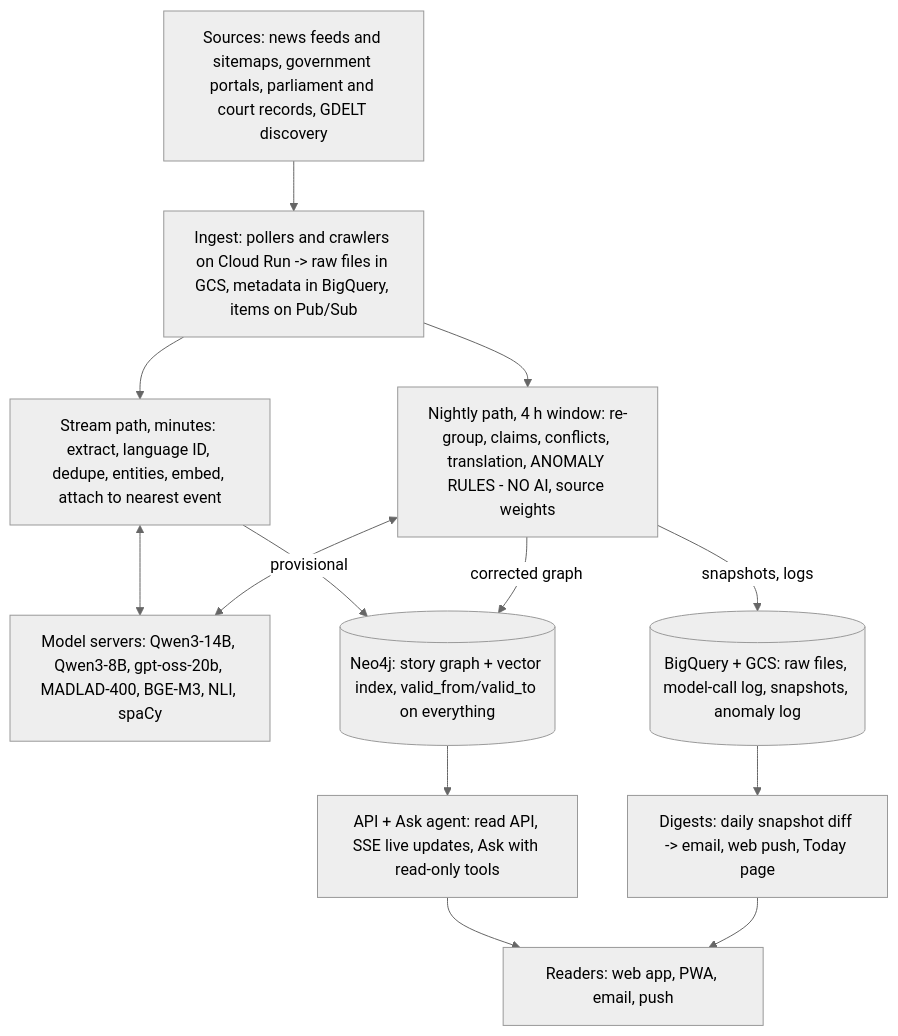
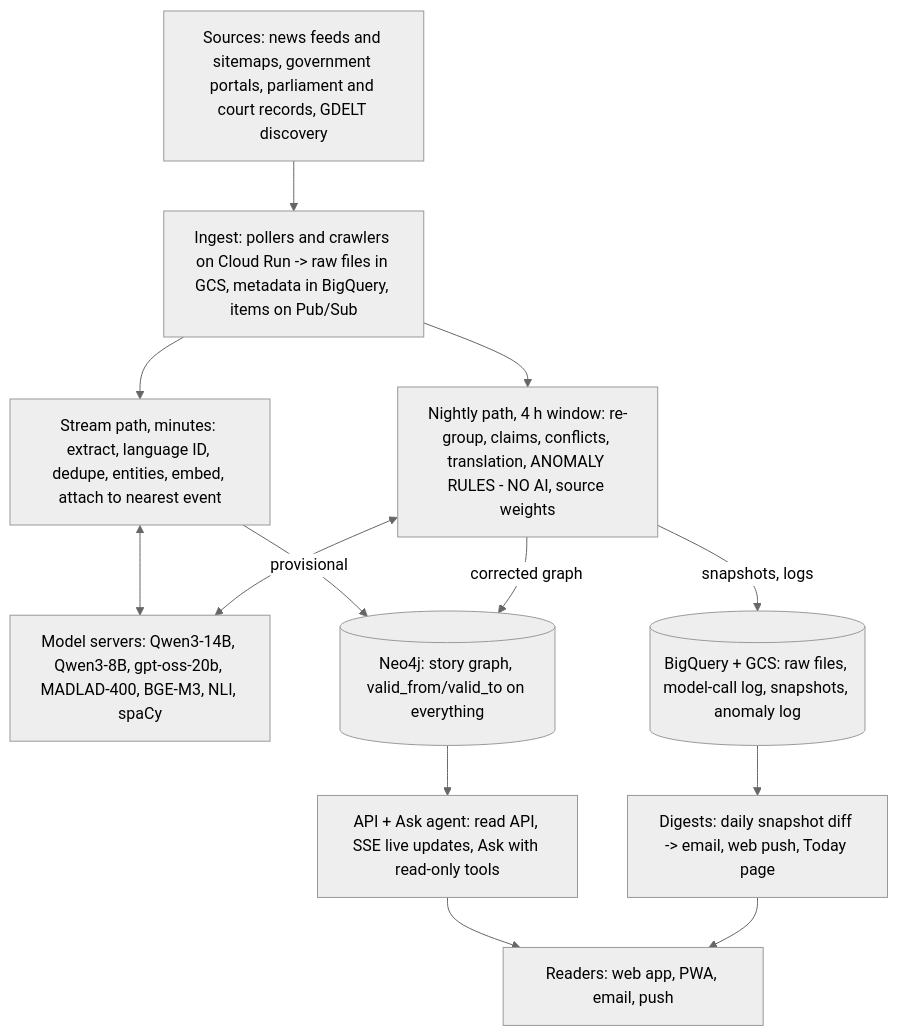
One commit to msriv/weft changed the diagram in docs/spec.md. Above: the diagram before and after it, drawn with Mermaid (neutral theme). The commit also changed other lines of this file and 7 other files, not shown here.

First line of the commit message:
Docs match the code: stack, architecture page, D23, decision-reference test (#180)

````diff
--- a/docs/spec.md
+++ b/docs/spec.md
@@ -33,25 +33,25 @@
 ```mermaid
 flowchart TD
   S[Sources: news feeds and sitemaps, government portals, parliament and court records, GDELT discovery]
   I[Ingest: pollers and crawlers on Cloud Run -> raw files in GCS, metadata in BigQuery, items on Pub/Sub]
   ST[Stream path, minutes: extract, language ID, dedupe, entities, embed, attach to nearest event]
   M[Model servers: Qwen3-14B, Qwen3-8B, gpt-oss-20b, MADLAD-400, BGE-M3, NLI, spaCy]
   N[Nightly path, 4 h window: re-group, claims, conflicts, translation, ANOMALY RULES - NO AI, source weights]
-  G[(Neo4j: story graph + vector index, valid_from/valid_to on everything)]
+  G[(Neo4j: story graph, valid_from/valid_to on everything)]
   W[(BigQuery + GCS: raw files, model-call log, snapshots, anomaly log)]
   A[API + Ask agent: read API, SSE live updates, Ask with read-only tools]
   D[Digests: daily snapshot diff -> email, web push, Today page]
   R[Readers: web app, PWA, email, push]
   S --> I
   I --> ST
   I --> N
   ST <--> M
   N <--> M
   ST -- provisional --> G
   N -- corrected graph --> G
   N -- snapshots, logs --> W
   G --> A
   W --> D
   A --> R
   D --> R
 ```
````
